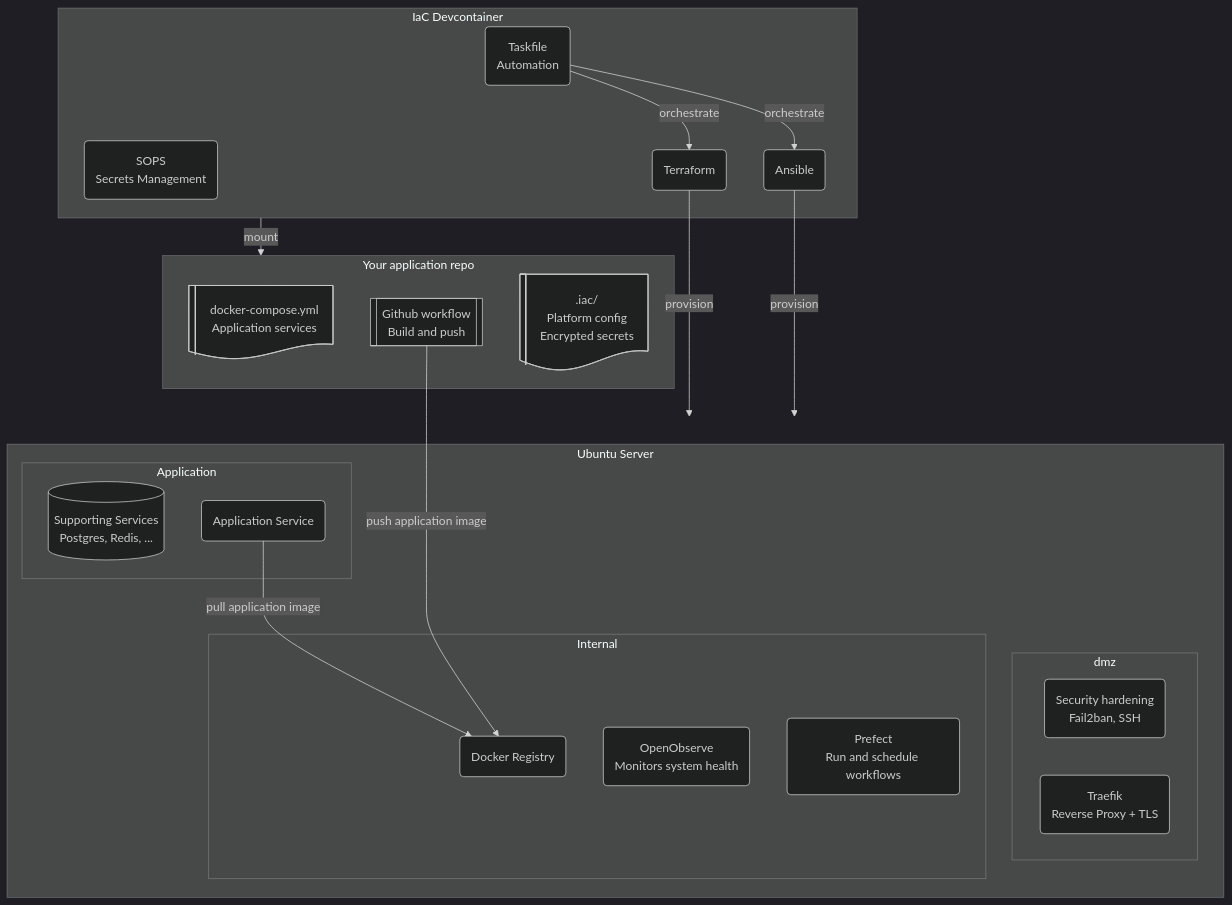
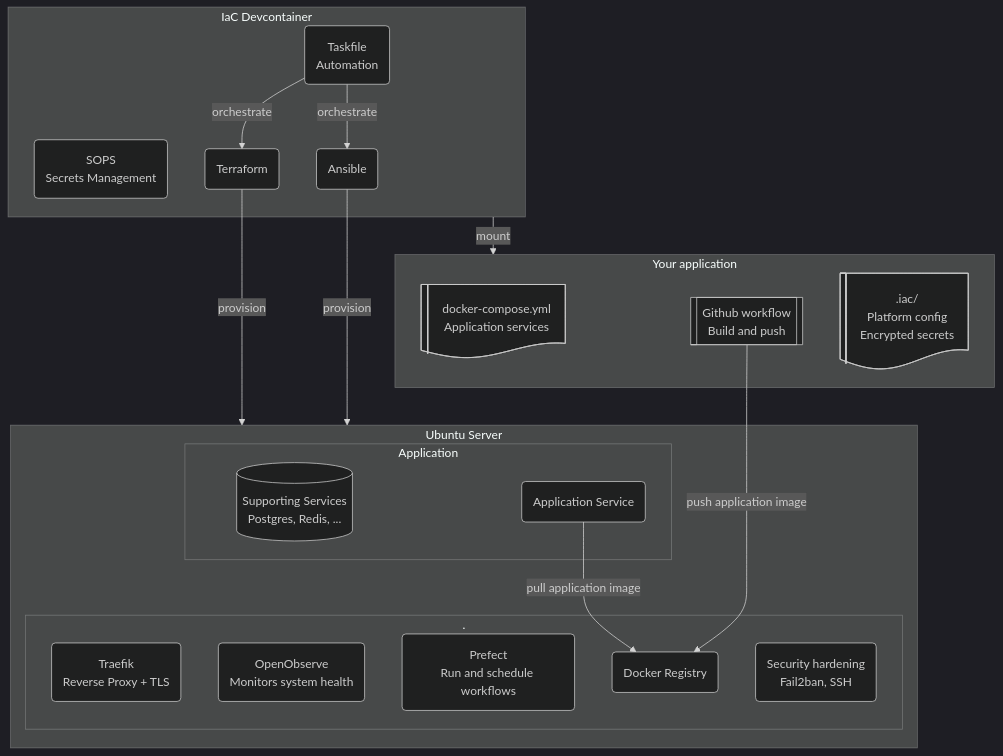
The diagram in docs/README.md (rednaw/iac), drawn with Mermaid (dark theme) before and after one commit. The commit also changed other lines of this file and 13 other files, not shown here.

````diff
--- a/docs/README.md
+++ b/docs/README.md
@@ -7,42 +12,40 @@
 ```mermaid
 graph TB
     subgraph IAC[IaC Devcontainer]
         TASK(Taskfile<br/>Automation)
         SOPS(SOPS<br/>Secrets Management)
         TF(Terraform)
         ANS(Ansible)
     end
 
     subgraph SERVER[Ubuntu Server]
-      subgraph DMZ[dmz]
+      subgraph DMZ[.]
+        TRAEFIK(Traefik<br/>Reverse Proxy + TLS)
+        OBSERVE(OpenObserve<br/>Monitors system health)
+        WORKFLOWS(Prefect<br/>Run and schedule workflows)
+        REGISTRY(Docker Registry)
         SEC(Security hardening<br/>Fail2ban, SSH)
-        TRAEFIK(Traefik<br/>Reverse Proxy + TLS)
       end
       subgraph DOCKER[Application]
         SUPPORTING_SERVICES@{ shape: cyl, label: "Supporting Services<br/>Postgres, Redis, ..." }
         APP_SERVICE(Application Service)
       end
-      subgraph SYSTEM[Internal]
-        REGISTRY(Docker Registry)
-        OBSERVE(OpenObserve<br/>Monitors system health)
-        WORKFLOWS(Prefect<br/>Run and schedule workflows)
-      end
     end
 
-    subgraph APP[Your application repo]
+    subgraph APP[Your application]
       COMPOSE@{ shape: lin-doc, label: "docker-compose.yml<br/>Application services" }
       PUSH@{ shape: subproc, label: "Github workflow<br/>Build and push" }
       IAC_YML@{ shape: lin-doc, label: ".iac/<br/>Platform config<br/>Encrypted secrets" }
     end
 
     IAC --->|mount| APP
 
     TASK -->|orchestrate| TF
     TASK -->|orchestrate| ANS
         
     TF -->|provision| SERVER    
     ANS -->|provision| SERVER
 
     APP_SERVICE -->|pull application image| REGISTRY
     PUSH --->|push application image| REGISTRY 
 ```
````
